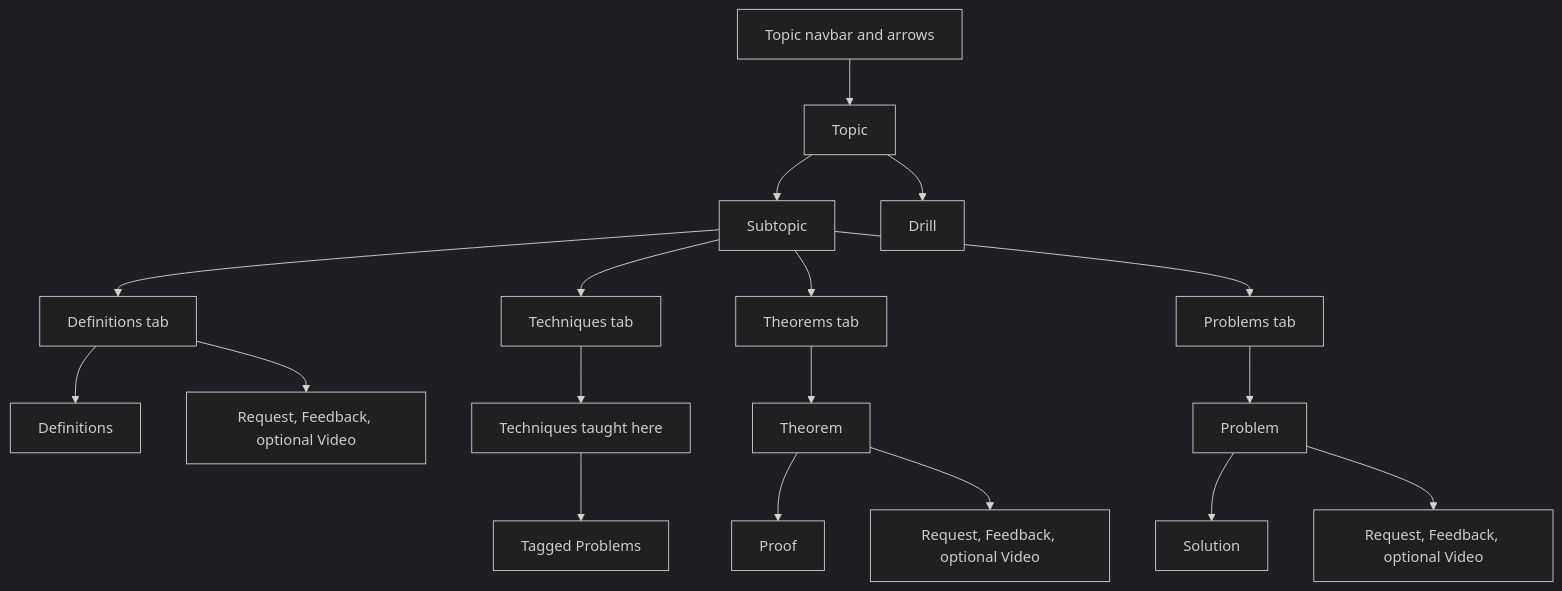
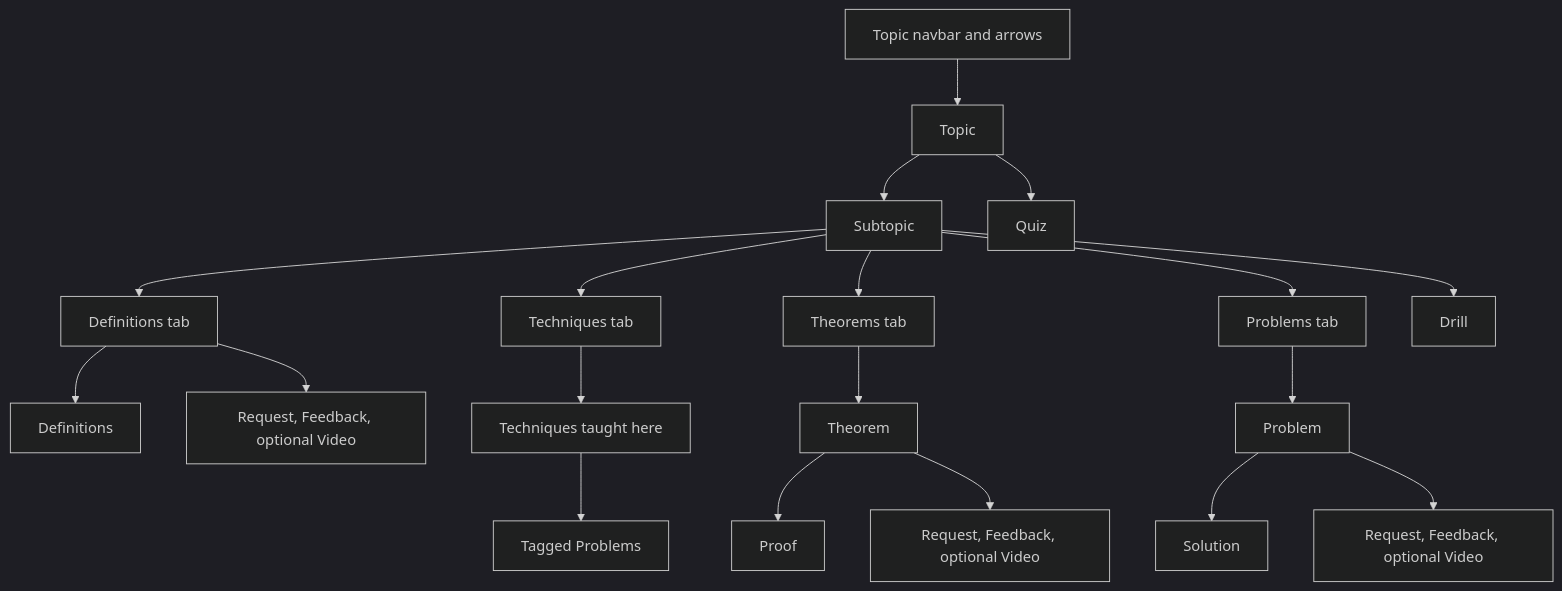
Before and after one commit to Yuxiang-Huang/21-127.com: the diagram in README.md, drawn with Mermaid (dark theme). The commit also changed other lines of this file and 19 other files, not shown here.

First line of the commit message:
Show each theorem proof in a disclosure, and add a drill and quiz over authored questions.

````diff
--- a/README.md
+++ b/README.md
@@ -7,21 +7,22 @@
 ```mermaid
 flowchart TD
   navbar["Topic navbar and arrows"]
   navbar --> topic[Topic]
   topic --> subtopic[Subtopic]
-  topic --> drill[Drill]
+  topic --> quiz[Quiz]
   subtopic --> defTab["Definitions tab"]
   subtopic --> techTab["Techniques tab"]
   subtopic --> thmTab["Theorems tab"]
   subtopic --> probTab["Problems tab"]
   defTab --> definitions[Definitions]
   defTab --> tabSignals["Request, Feedback, optional Video"]
   techTab --> techniques["Techniques taught here"]
   techniques --> tagged["Tagged Problems"]
   thmTab --> theorem[Theorem]
   theorem --> proof[Proof]
   theorem --> itemSignals["Request, Feedback, optional Video"]
+  subtopic --> drill[Drill]
   probTab --> problem[Problem]
   problem --> solution[Solution]
   problem --> itemSignals2["Request, Feedback, optional Video"]
 ```
````
